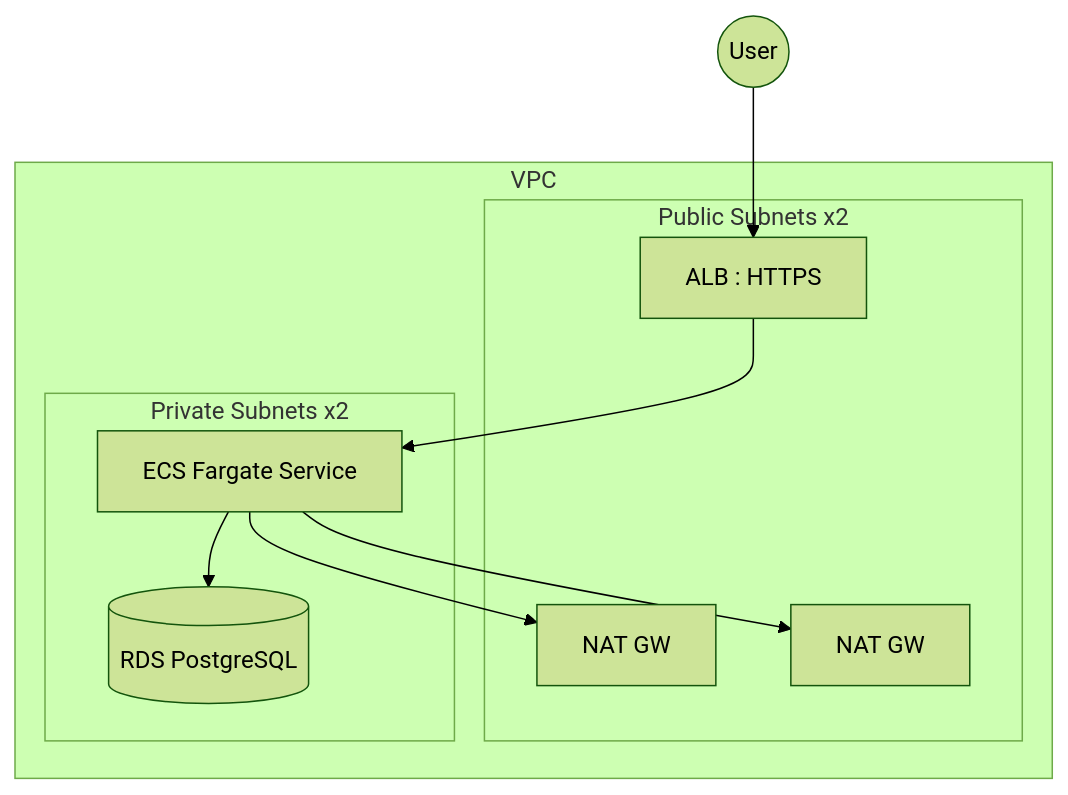
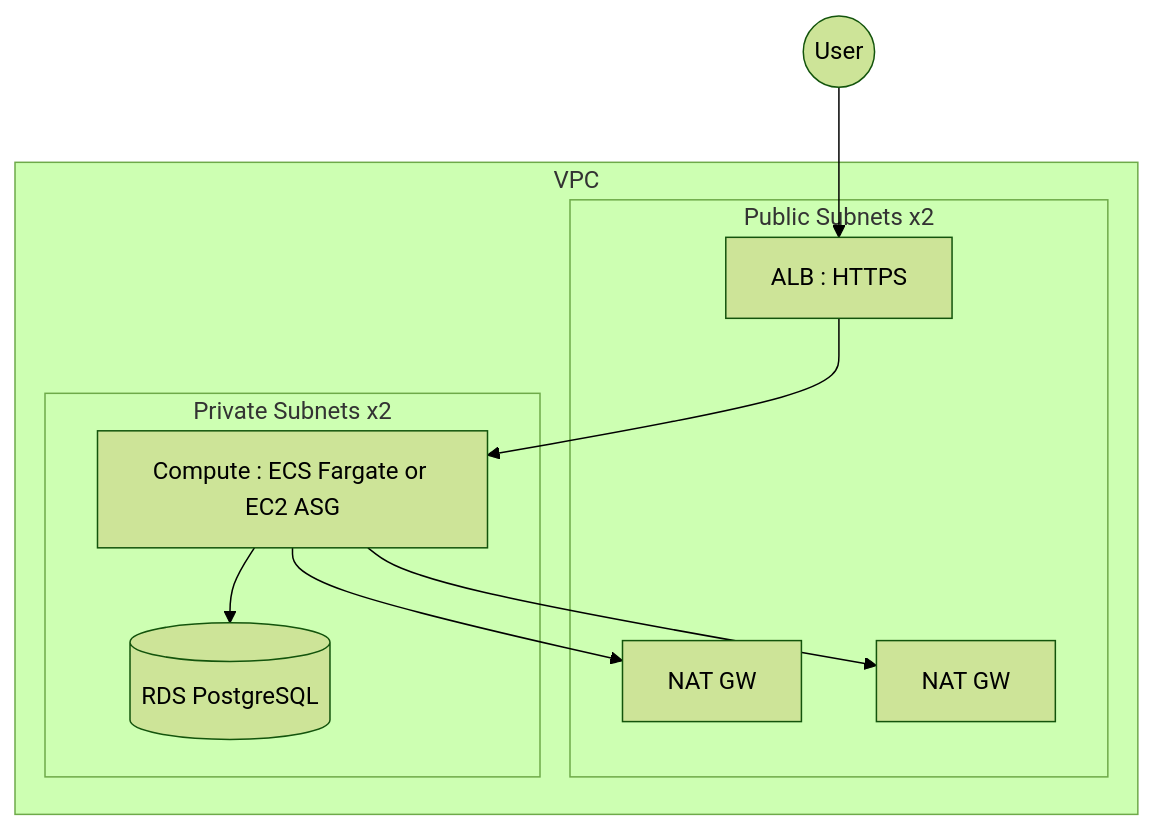
One commit to renanfenrich/aws-platform-starter changed the diagram in docs/architecture.mmd. Above: the diagram before and after it, drawn with Mermaid (forest theme). The commit also changed 11 other files, not shown here.

```diff
--- a/docs/architecture.mmd
+++ b/docs/architecture.mmd
@@ -1,20 +1,20 @@
 flowchart TB
   User((User)) --> ALB[ALB : HTTPS]
 
   subgraph VPC
     subgraph PublicSubnets[Public Subnets x2]
       ALB
       NAT1[NAT GW]
       NAT2[NAT GW]
     end
 
     subgraph PrivateSubnets[Private Subnets x2]
-      ECS[ECS Fargate Service]
+      Compute[Compute : ECS Fargate or EC2 ASG]
       RDS[(RDS PostgreSQL)]
     end
   end
 
-  ALB --> ECS
-  ECS --> RDS
-  ECS --> NAT1
-  ECS --> NAT2
+  ALB --> Compute
+  Compute --> RDS
+  Compute --> NAT1
+  Compute --> NAT2
```
